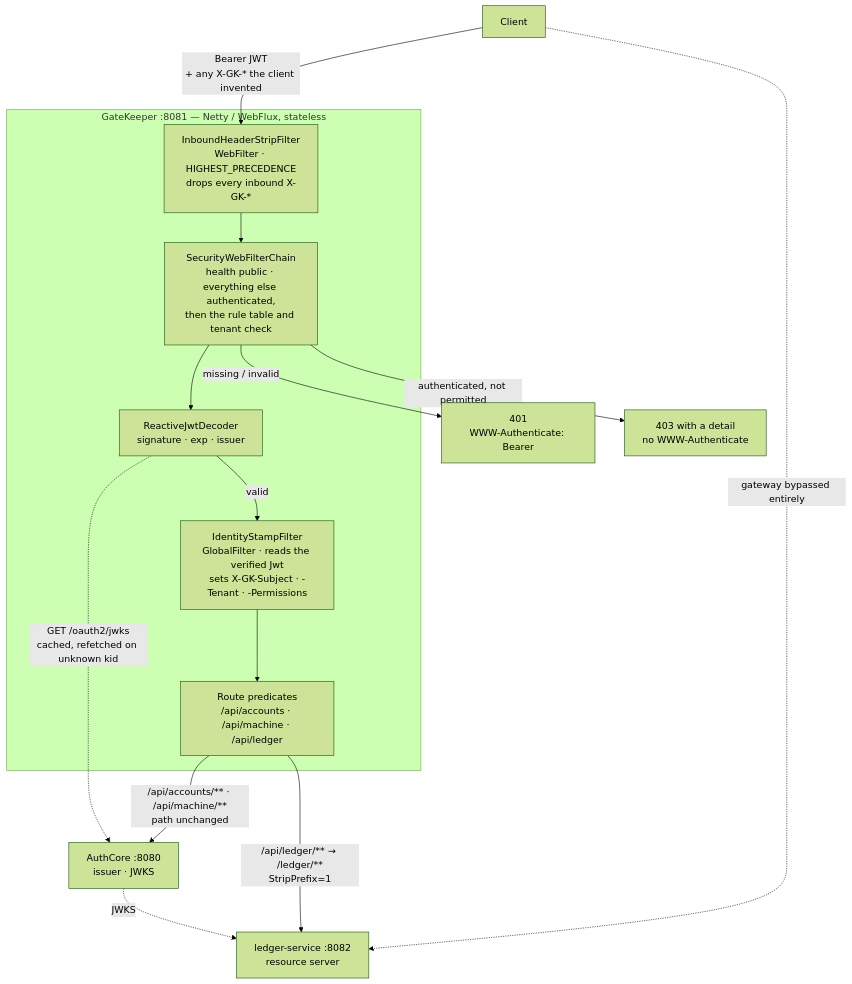
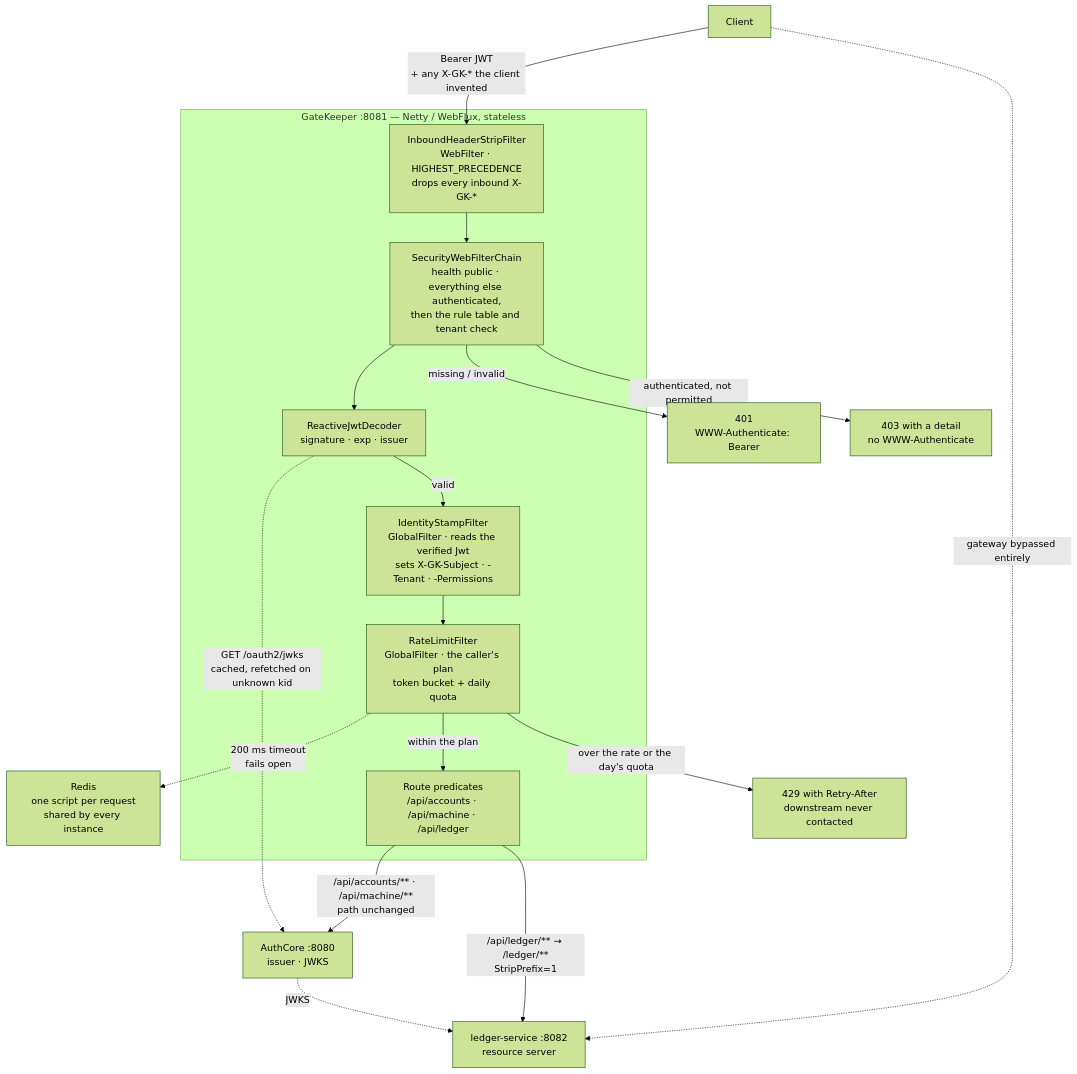
The diagram in README.md (ezat141/gatekeeper), drawn with Mermaid (forest theme) before and after one commit. The commit also changed other lines of this file and 3 other files, not shown here.

First line of the commit message:
docs: M5 is built — distributed rate limiting and daily quotas

````diff
--- a/README.md
+++ b/README.md
@@ -113,30 +117,35 @@
 ```mermaid
 graph TB
     C["Client"]
 
     subgraph GK["GateKeeper :8081 — Netty / WebFlux, stateless"]
         STRIP["InboundHeaderStripFilter<br/>WebFilter · HIGHEST_PRECEDENCE<br/>drops every inbound X-GK-*"]
         SEC["SecurityWebFilterChain<br/>health public · everything else authenticated,<br/>then the rule table and tenant check"]
         DEC["ReactiveJwtDecoder<br/>signature · exp · issuer"]
         STAMP["IdentityStampFilter<br/>GlobalFilter · reads the verified Jwt<br/>sets X-GK-Subject · -Tenant · -Permissions"]
+        RATE["RateLimitFilter<br/>GlobalFilter · the caller's plan<br/>token bucket + daily quota"]
         ROUTE["Route predicates<br/>/api/accounts · /api/machine · /api/ledger"]
     end
 
     A["AuthCore :8080<br/>issuer · JWKS"]
     L["ledger-service :8082<br/>resource server"]
+    RD["Redis<br/>one script per request<br/>shared by every instance"]
 
     C -->|"Bearer JWT<br/>+ any X-GK-* the client invented"| STRIP
     STRIP --> SEC
     SEC --> DEC
     DEC -.->|"GET /oauth2/jwks<br/>cached, refetched on unknown kid"| A
     DEC -->|"valid"| STAMP
-    STAMP --> ROUTE
+    STAMP --> RATE
+    RATE -.->|"200 ms timeout<br/>fails open"| RD
+    RATE -->|"within the plan"| ROUTE
+    RATE -->|"over the rate or the day's quota"| R429["429 with Retry-After<br/>downstream never contacted"]
     SEC -->|"missing / invalid"| R401["401<br/>WWW-Authenticate: Bearer"]
     SEC -->|"authenticated, not permitted"| R403["403 with a detail<br/>no WWW-Authenticate"]
 
     ROUTE -->|"/api/accounts/** · /api/machine/**<br/>path unchanged"| A
     ROUTE -->|"/api/ledger/** → /ledger/**<br/>StripPrefix=1"| L
 
     C -.->|"gateway bypassed entirely"| L
     A -. "JWKS" .-> L
 ```
````
